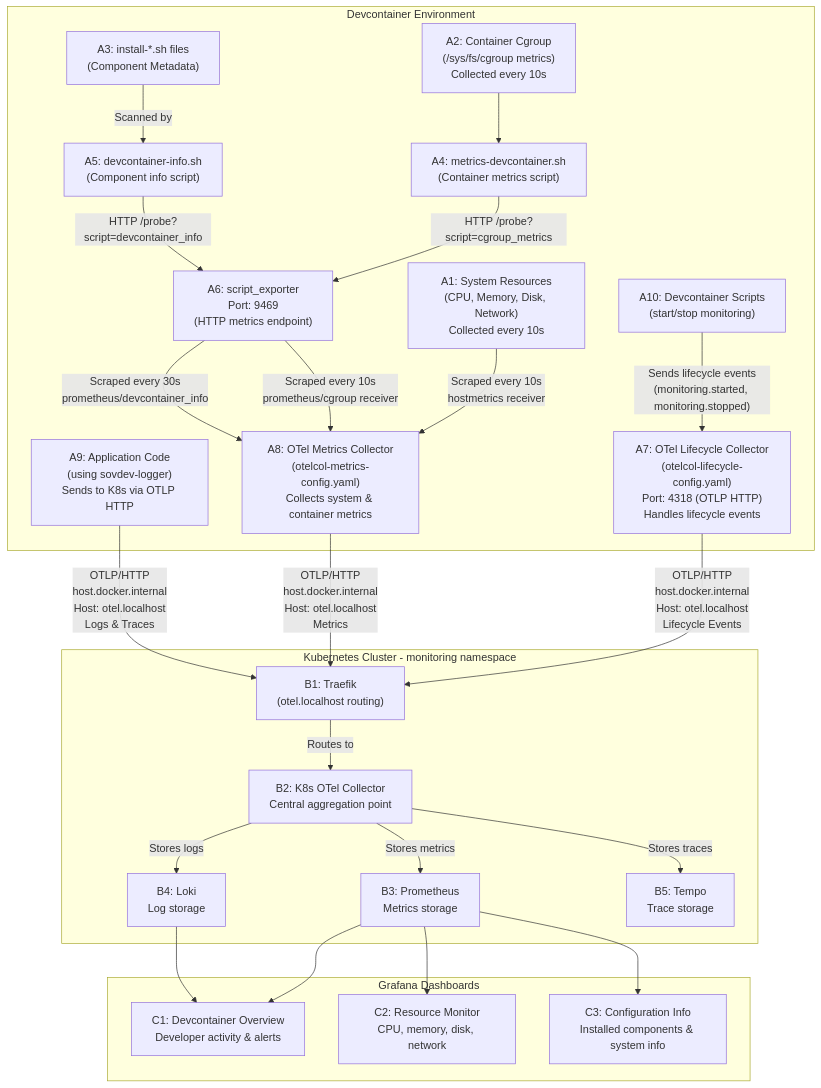
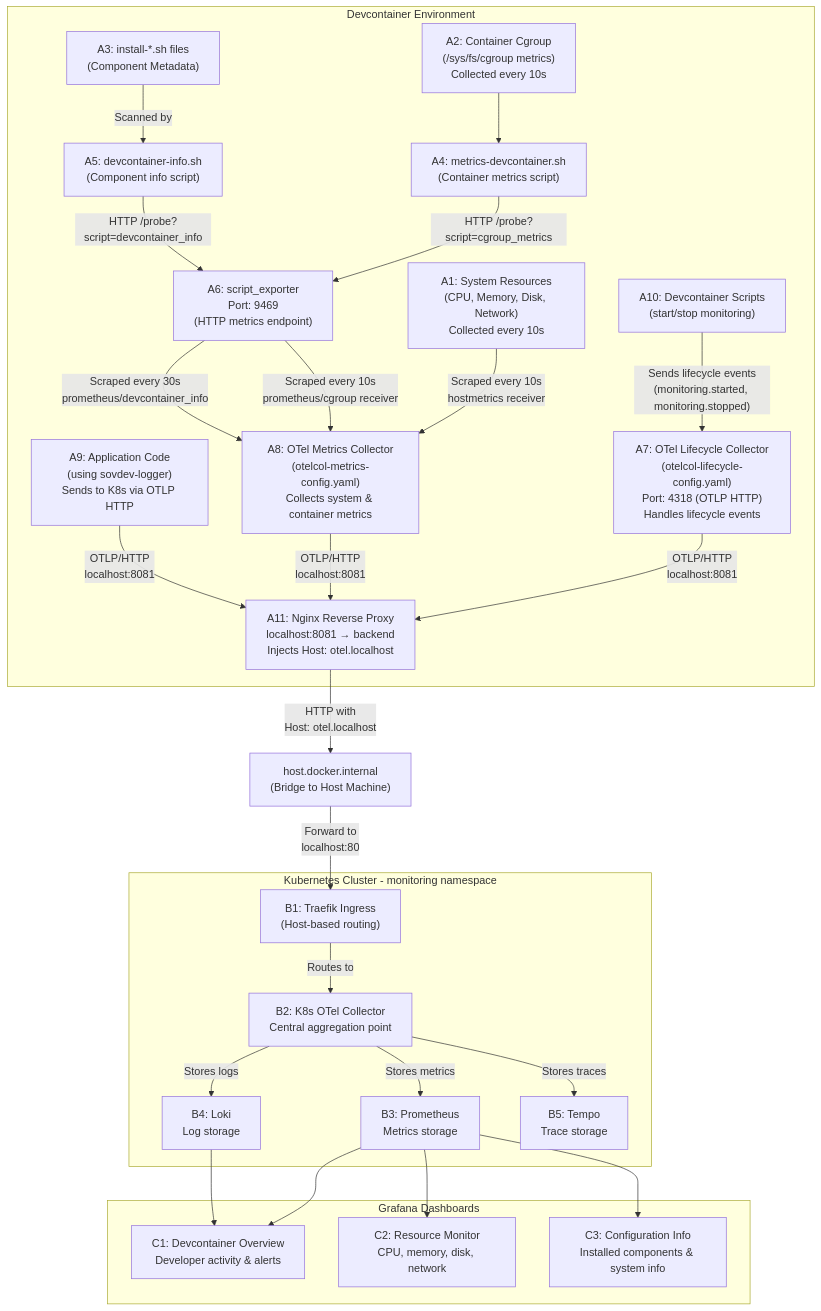
One commit to helpers-no/sovdev-logger changed the diagram in .devcontainer/additions/otel/README-otel.md. Above: the diagram before and after it, drawn with Mermaid. The commit also changed other lines of this file and 33 other files, not shown here.

````diff
--- a/.devcontainer/additions/otel/README-otel.md
+++ b/.devcontainer/additions/otel/README-otel.md
@@ -236,59 +236,67 @@
 ```mermaid
 flowchart TB
     subgraph Devcontainer["Devcontainer Environment"]
         SystemMetrics["A1: System Resources<br/>(CPU, Memory, Disk, Network)<br/>Collected every 10s"]
         ContainerCgroup["A2: Container Cgroup<br/>(/sys/fs/cgroup metrics)<br/>Collected every 10s"]
         InstallScripts["A3: install-*.sh files<br/>(Component Metadata)"]
 
         CgroupScript["A4: metrics-devcontainer.sh<br/>(Container metrics script)"]
         DevcontainerInfoScript["A5: devcontainer-info.sh<br/>(Component info script)"]
 
         ScriptExporter["A6: script_exporter<br/>Port: 9469<br/>(HTTP metrics endpoint)"]
 
         OTelLifecycle["A7: OTel Lifecycle Collector<br/>(otelcol-lifecycle-config.yaml)<br/>Port: 4318 (OTLP HTTP)<br/>Handles lifecycle events"]
 
         OTelMetrics["A8: OTel Metrics Collector<br/>(otelcol-metrics-config.yaml)<br/>Collects system & container metrics"]
 
         AppCode["A9: Application Code<br/>(using sovdev-logger)<br/>Sends to K8s via OTLP HTTP"]
 
         DevcontainerScripts["A10: Devcontainer Scripts<br/>(start/stop monitoring)"]
+
+        NginxProxy["A11: Nginx Reverse Proxy<br/>localhost:8081 → backend<br/>Injects Host: otel.localhost"]
     end
 
+    HostBridge["host.docker.internal<br/>(Bridge to Host Machine)"]
+
     subgraph K8sCluster["Kubernetes Cluster - monitoring namespace"]
-        Traefik["B1: Traefik<br/>(otel.localhost routing)"]
+        Traefik["B1: Traefik Ingress<br/>(Host-based routing)"]
         K8sOTel["B2: K8s OTel Collector<br/>Central aggregation point"]
         Prometheus["B3: Prometheus<br/>Metrics storage"]
         Loki["B4: Loki<br/>Log storage"]
         Tempo["B5: Tempo<br/>Trace storage"]
     end
 
     subgraph Dashboard["Grafana Dashboards"]
         GrafanaDash1["C1: Devcontainer Overview<br/>Developer activity & alerts"]
         GrafanaDash2["C2: Resource Monitor<br/>CPU, memory, disk, network"]
         GrafanaDash3["C3: Configuration Info<br/>Installed components & system info"]
     end
 
     SystemMetrics -->|"Scraped every 10s<br/>hostmetrics receiver"| OTelMetrics
     ContainerCgroup --> CgroupScript
     CgroupScript -->|"HTTP /probe?script=cgroup_metrics"| ScriptExporter
     ScriptExporter -->|"Scraped every 10s<br/>prometheus/cgroup receiver"| OTelMetrics
 
     InstallScripts -->|"Scanned by"| DevcontainerInfoScript
     DevcontainerInfoScript -->|"HTTP /probe?script=devcontainer_info"| ScriptExporter
     ScriptExporter -->|"Scraped every 30s<br/>prometheus/devcontainer_info"| OTelMetrics
 
     DevcontainerScripts -->|"Sends lifecycle events<br/>(monitoring.started, monitoring.stopped)"| OTelLifecycle
 
-    OTelLifecycle -->|"OTLP/HTTP<br/>host.docker.internal<br/>Host: otel.localhost<br/>Lifecycle Events"| Traefik
-    OTelMetrics -->|"OTLP/HTTP<br/>host.docker.internal<br/>Host: otel.localhost<br/>Metrics"| Traefik
-    AppCode -->|"OTLP/HTTP<br/>host.docker.internal<br/>Host: otel.localhost<br/>Logs & Traces"| Traefik
+    OTelLifecycle -->|"OTLP/HTTP<br/>localhost:8081"| NginxProxy
+    OTelMetrics -->|"OTLP/HTTP<br/>localhost:8081"| NginxProxy
+    AppCode -->|"OTLP/HTTP<br/>localhost:8081"| NginxProxy
+
+    NginxProxy -->|"HTTP with<br/>Host: otel.localhost"| HostBridge
+    HostBridge -->|"Forward to<br/>localhost:80"| Traefik
+
     Traefik -->|"Routes to"| K8sOTel
     K8sOTel -->|"Stores metrics"| Prometheus
     K8sOTel -->|"Stores logs"| Loki
     K8sOTel -->|"Stores traces"| Tempo
 
     Prometheus --> GrafanaDash1
     Prometheus --> GrafanaDash2
     Prometheus --> GrafanaDash3
     Loki --> GrafanaDash1
 ```
````
